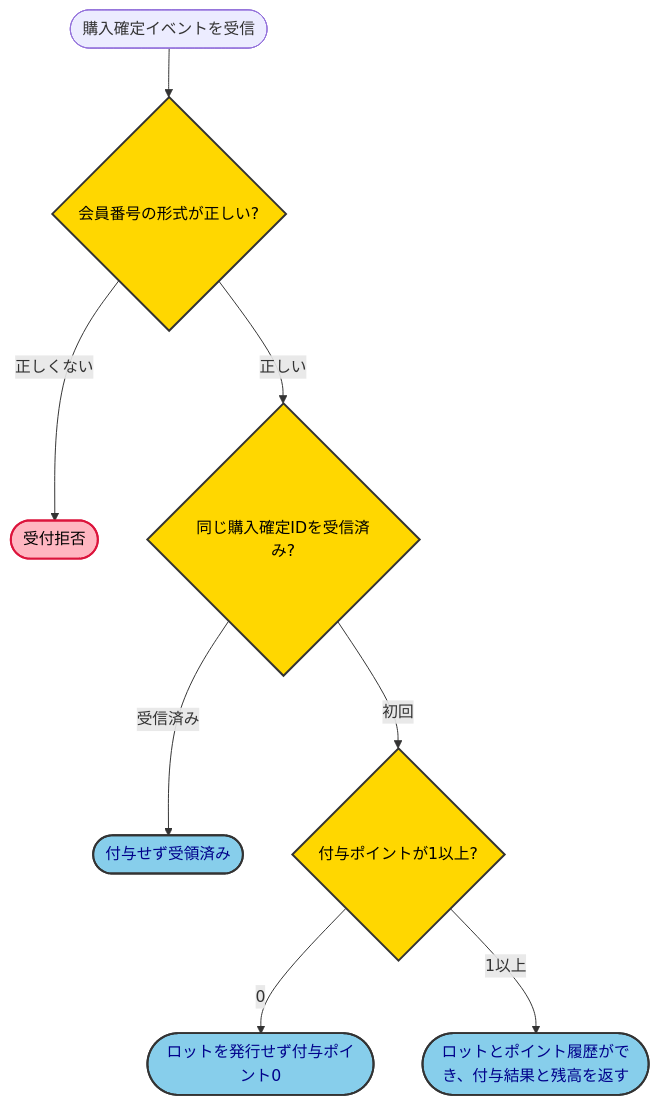
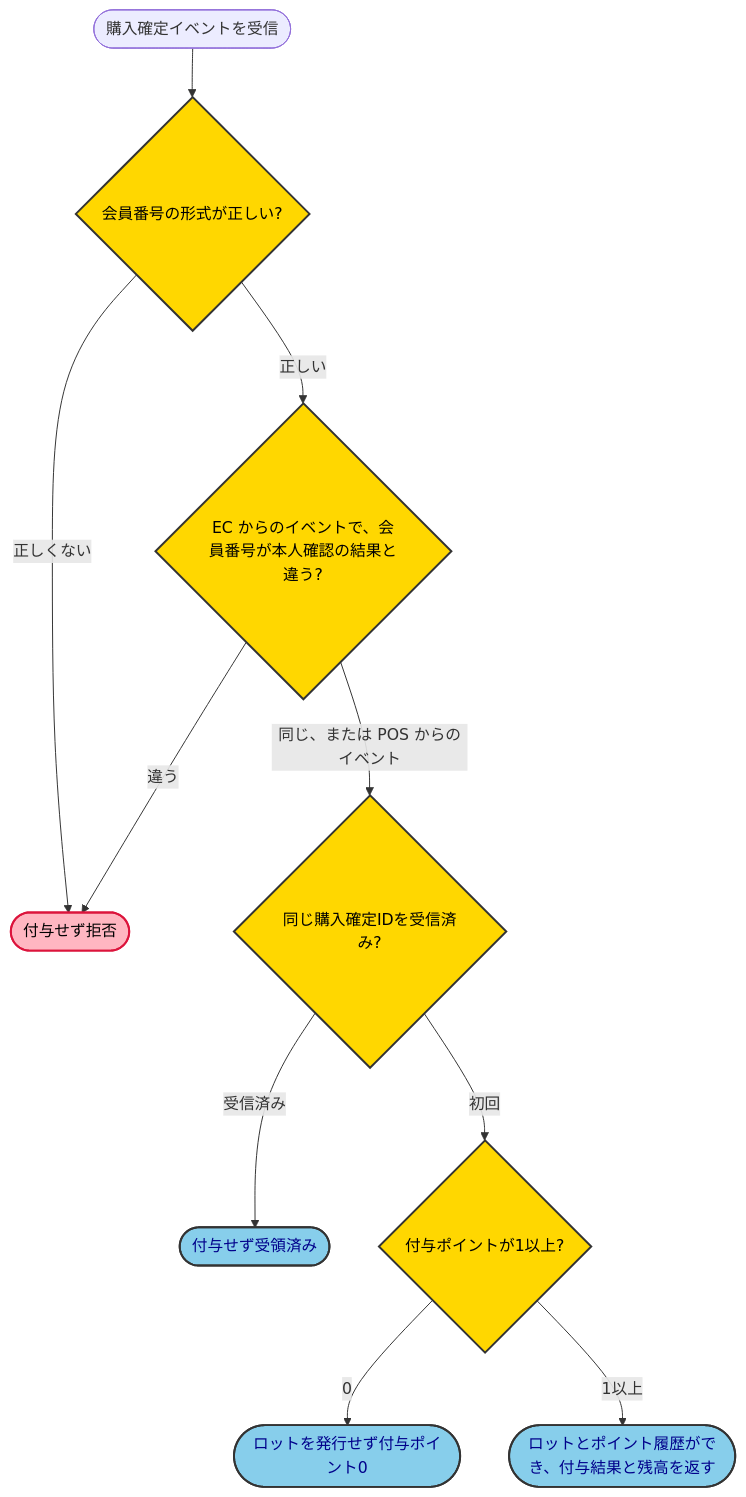
One commit to kasiopeiya/claude-dev-template changed the third of 9 diagrams in samples/docs/requirements-detail.md. Above: the diagram before and after it, drawn with Mermaid. The commit also changed other lines of this file and 1 other file, not shown here.

````diff
--- a/samples/docs/requirements-detail.md
+++ b/samples/docs/requirements-detail.md
@@ -596,17 +593,19 @@
 ```mermaid
 flowchart TD
     start(["購入確定イベントを受信"]) --> valid{"会員番号の形式が正しい?"}
-    valid -->|正しくない| reject(["受付拒否"])
-    valid -->|正しい| dup{"同じ購入確定IDを受信済み?"}
+    valid -->|正しくない| reject(["付与せず拒否"])
+    valid -->|正しい| auth{"EC からのイベントで、会員番号が本人確認の結果と違う?"}
+    auth -->|違う| reject
+    auth -->|同じ、または POS からのイベント| dup{"同じ購入確定IDを受信済み?"}
     dup -->|受信済み| ack(["付与せず受領済み"])
     dup -->|初回| zero{"付与ポイントが1以上?"}
     zero -->|0| none(["ロットを発行せず付与ポイント0"])
     zero -->|1以上| granted(["ロットとポイント履歴ができ、付与結果と残高を返す"])
 
     classDef decision fill:#FFD700,stroke:#333,stroke-width:2px,color:black
     classDef result fill:#87CEEB,stroke:#333,stroke-width:2px,color:darkblue
     classDef error fill:#FFB6C1,stroke:#DC143C,stroke-width:2px,color:black
-    class valid,dup,zero decision
+    class valid,auth,dup,zero decision
     class ack,none,granted result
     class reject error
 ```
````
